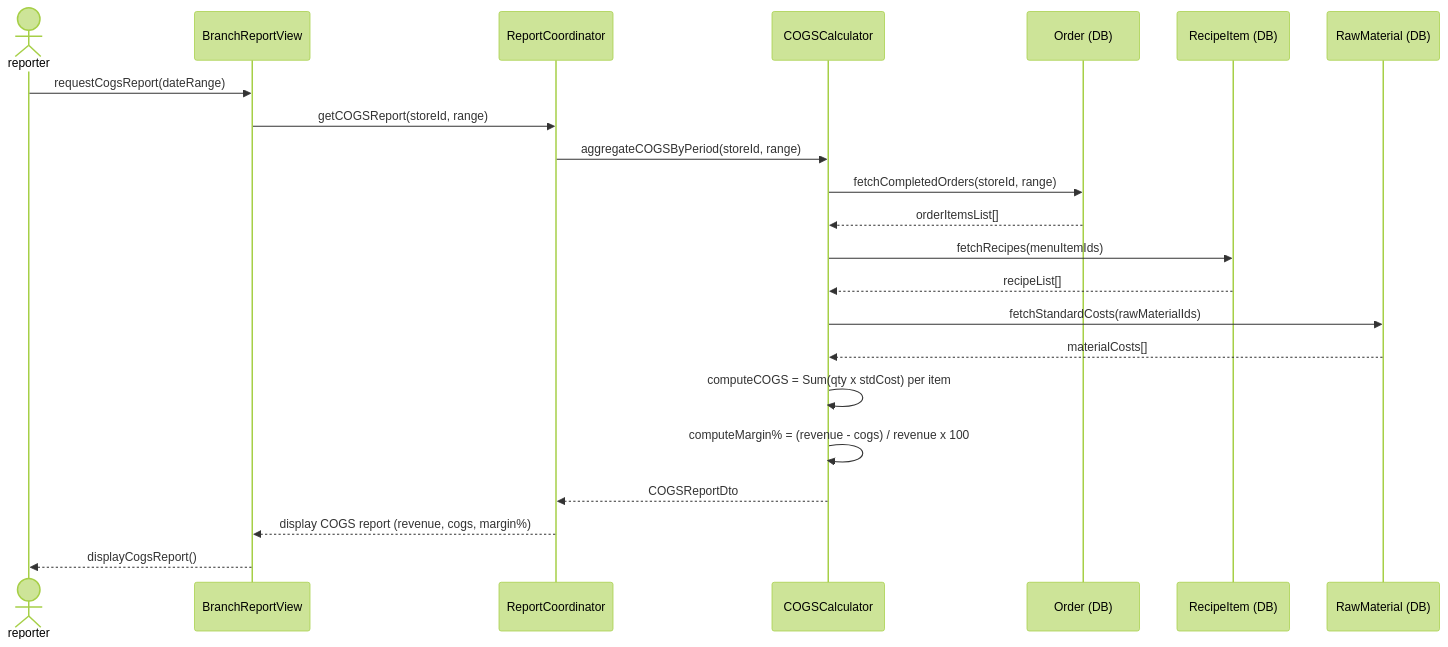
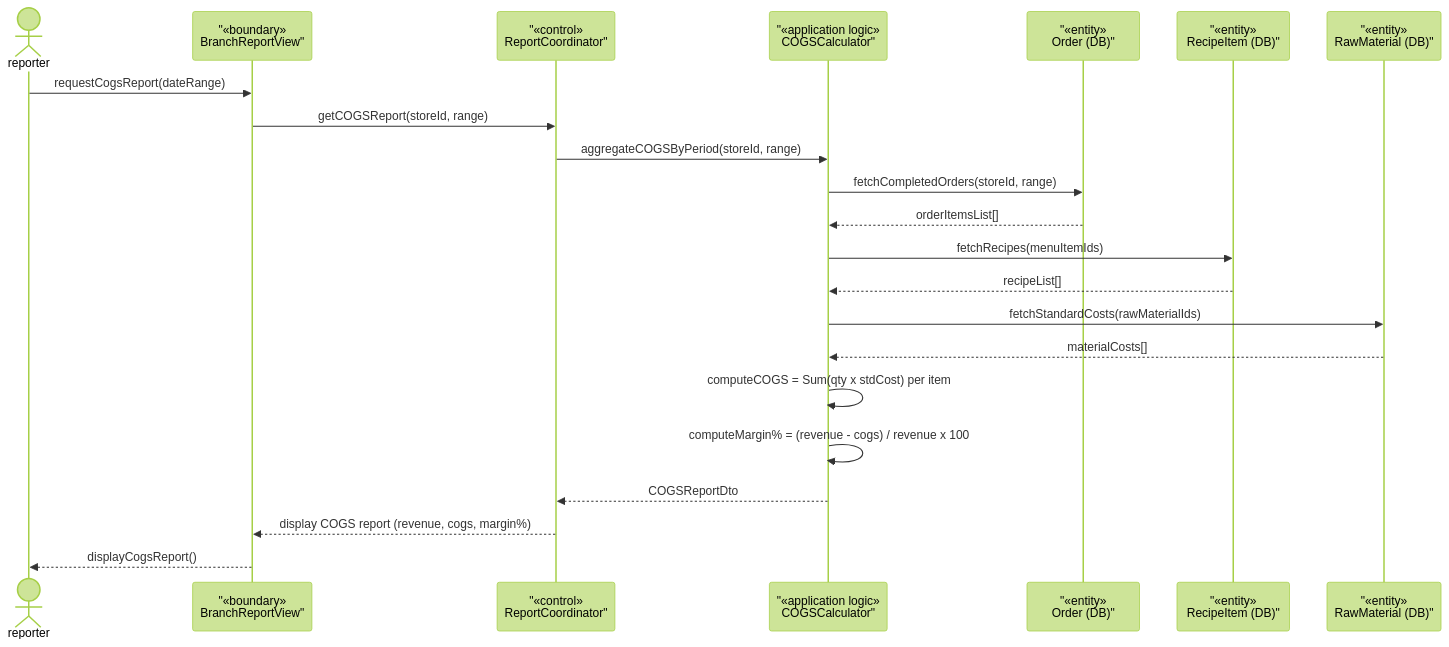
The third of 5 diagrams in rds_sections/13_detailed_3_10_reports.md (Shaichi/Khoga_coffe_shop), drawn with Mermaid (forest theme) before and after one commit. The commit also changed other lines of this file and 13 other files, not shown here.

````diff
--- a/rds_sections/13_detailed_3_10_reports.md
+++ b/rds_sections/13_detailed_3_10_reports.md
@@ -145,25 +145,25 @@
 ```mermaid
 sequenceDiagram
     actor reporter
-    participant BranchReport as BranchReportView
-    participant ReportCoord as ReportCoordinator
-    participant COGSCalc as COGSCalculator
-    participant OrderDB as Order (DB)
-    participant RecipeDB as RecipeItem (DB)
-    participant RawMatDB as RawMaterial (DB)
+participant BranchReport as "«boundary»<br/>BranchReportView"
+participant ReportCoord as "«control»<br/>ReportCoordinator"
+participant COGSCalc as "«application logic»<br/>COGSCalculator"
+participant OrderDB as "«entity»<br/>Order (DB)"
+participant RecipeDB as "«entity»<br/>RecipeItem (DB)"
+participant RawMatDB as "«entity»<br/>RawMaterial (DB)"
 
     reporter->>BranchReport: requestCogsReport(dateRange)
     BranchReport->>ReportCoord: getCOGSReport(storeId, range)
     ReportCoord->>COGSCalc: aggregateCOGSByPeriod(storeId, range)
     COGSCalc->>OrderDB: fetchCompletedOrders(storeId, range)
     OrderDB-->>COGSCalc: orderItemsList[]
     COGSCalc->>RecipeDB: fetchRecipes(menuItemIds)
     RecipeDB-->>COGSCalc: recipeList[]
     COGSCalc->>RawMatDB: fetchStandardCosts(rawMaterialIds)
     RawMatDB-->>COGSCalc: materialCosts[]
     COGSCalc->>COGSCalc: computeCOGS = Sum(qty x stdCost) per item
     COGSCalc->>COGSCalc: computeMargin% = (revenue - cogs) / revenue x 100
     COGSCalc-->>ReportCoord: COGSReportDto
     ReportCoord-->>BranchReport: display COGS report (revenue, cogs, margin%)
     BranchReport-->>reporter: displayCogsReport()
 ```
````
